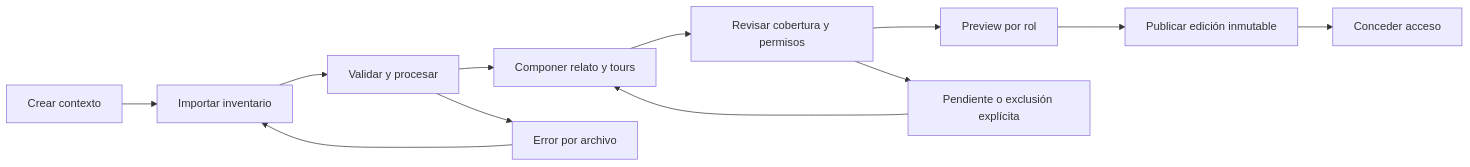
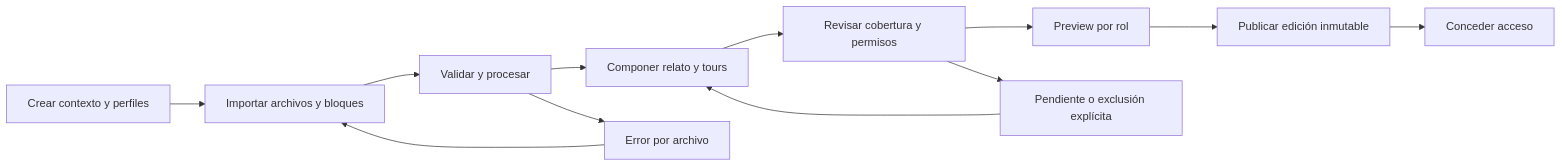
Before and after one commit to efeoncepro/greenhouse-eo: the first of 2 diagrams in docs/ui/flows/rooms-v1.md, drawn with Mermaid. The commit also changed other lines of this file and 20 other files, not shown here.

````diff
--- a/docs/ui/flows/rooms-v1.md
+++ b/docs/ui/flows/rooms-v1.md
@@ -11,14 +11,14 @@
 ```mermaid
 flowchart LR
-  A[Crear contexto] --> B[Importar inventario]
+  A[Crear contexto y perfiles] --> B[Importar archivos y bloques]
   B --> C[Validar y procesar]
   C --> D[Componer relato y tours]
   D --> E[Revisar cobertura y permisos]
   E --> F[Preview por rol]
   F --> G[Publicar edición inmutable]
   G --> H[Conceder acceso]
   C --> X[Error por archivo]
   X --> B
   E --> Y[Pendiente o exclusión explícita]
   Y --> D
 ```
````
